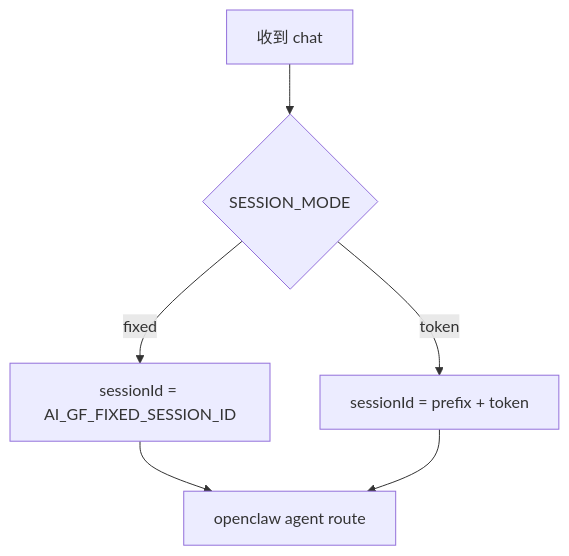
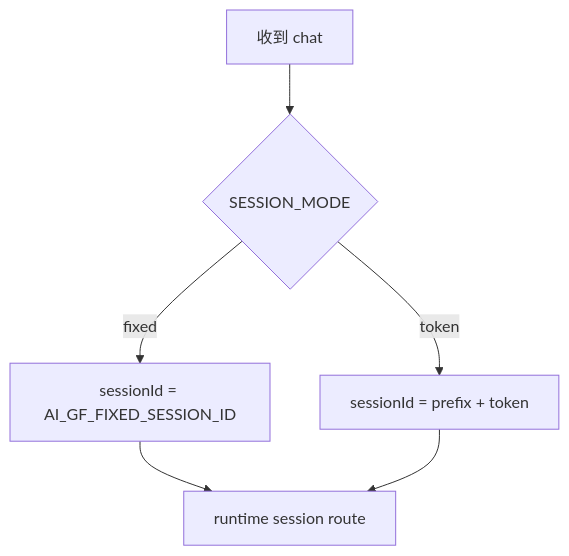
One commit to angelash/ai-girlfrend-claw changed the third of 3 diagrams in docs/详细设计.md. Above: the diagram before and after it, drawn with Mermaid. The commit also changed other lines of this file and 2 other files, not shown here.

Commit message:
refactor: switch ai-gf chat routing to runtime session API only

````diff
--- a/docs/详细设计.md
+++ b/docs/详细设计.md
@@ -55,8 +55,8 @@
 ```mermaid
 flowchart TD
     A[收到 chat] --> B{SESSION_MODE}
     B -->|fixed| C[sessionId = AI_GF_FIXED_SESSION_ID]
     B -->|token| D[sessionId = prefix + token]
-    C --> E[openclaw agent route]
+    C --> E[runtime session route]
     D --> E
 ```
````
